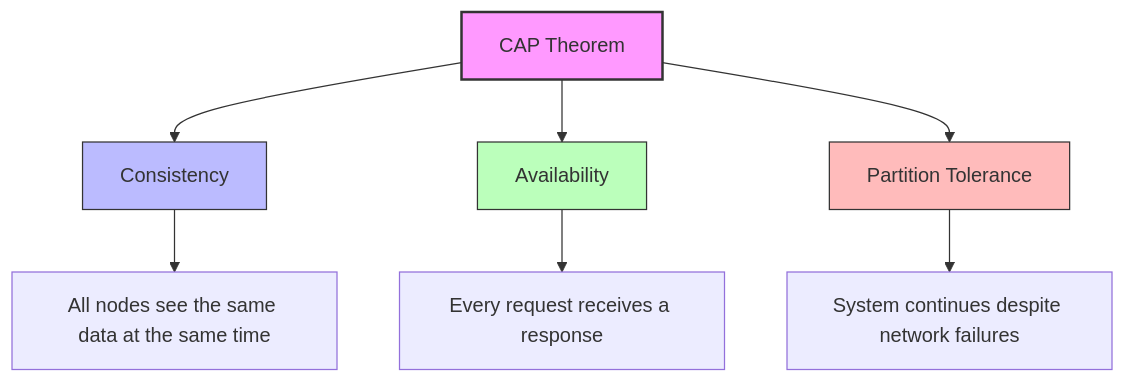
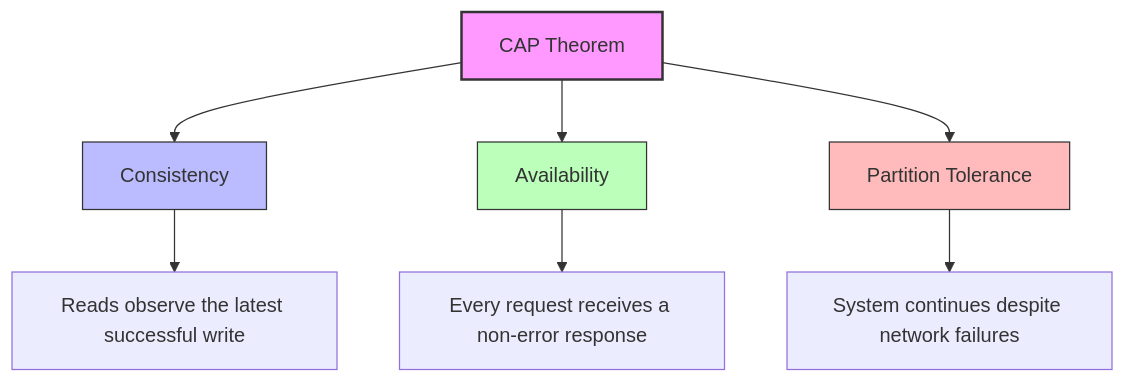
Before and after one commit to OneUptime/blog: the first of 7 diagrams in posts/2026-01-30-consistency-models/README.md, drawn with Mermaid. The commit also changed other lines of this file and 2 other files, not shown here.

````diff
--- a/posts/2026-01-30-consistency-models/README.md
+++ b/posts/2026-01-30-consistency-models/README.md
@@ -21,15 +21,15 @@
 ```mermaid
 graph TD
     A[CAP Theorem] --> B[Consistency]
     A --> C[Availability]
     A --> D[Partition Tolerance]
 
-    B --> E[All nodes see the same data at the same time]
-    C --> F[Every request receives a response]
+    B --> E[Reads observe the latest successful write]
+    C --> F[Every request receives a non-error response]
     D --> G[System continues despite network failures]
 
     style A fill:#f9f,stroke:#333,stroke-width:2px
     style B fill:#bbf,stroke:#333
     style C fill:#bfb,stroke:#333
     style D fill:#fbb,stroke:#333
 ```
````
